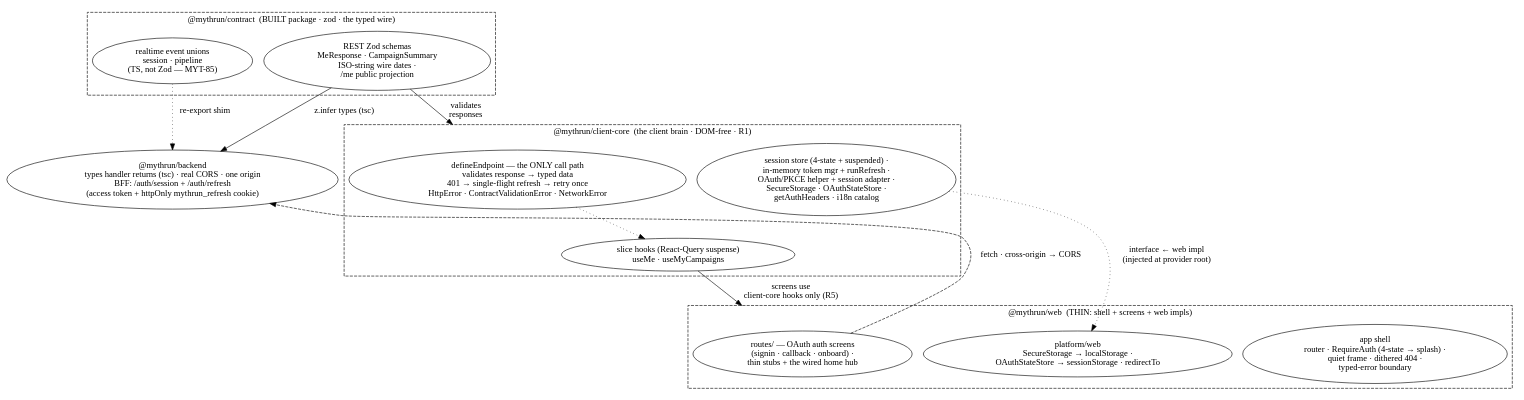
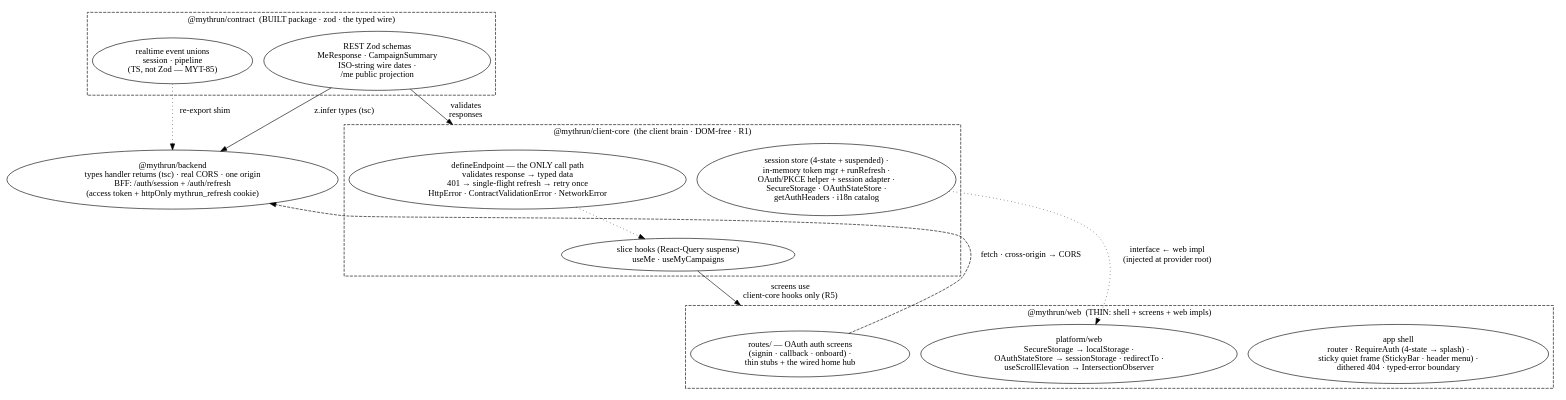
The diagram in docs/wiki/diagrams/frontend/app-shell.dot (mythrun/mythrun), drawn with Graphviz before and after one commit. The commit also changed 12 other files, not shown here.

```diff
--- a/docs/wiki/diagrams/frontend/app-shell.dot
+++ b/docs/wiki/diagrams/frontend/app-shell.dot
@@ -1,58 +1,58 @@
 digraph frontend_app_shell {
   // The application skeleton, built to port to true-native later. The wire
   // contract (@mythrun/contract — Zod REST schemas) is the SINGLE typed source:
   // the backend types its handler returns against it; the client brain VALIDATES
   // responses against it at runtime. @mythrun/client-core (DOM-free) owns every
   // backend call (defineEndpoint → suspense hooks), the four-state session store,
   // the in-memory access-token manager + single-flight 401 refresh-retry, the
   // OAuth/PKCE sign-in helper + session adapter, the platform-capability
   // interfaces, and the i18n catalog. @mythrun/web is THIN: the router shell, the
   // quiet frame, the live OAuth auth screens (signin · callback · onboard) + thin
   // route stubs + the wired home hub, and the web IMPLEMENTATIONS of the platform
   // interfaces. The SPA is cross-origin to the API (real CORS, not a dev proxy);
   // the backend BFF mints the access token + the httpOnly mythrun_refresh cookie.
   // Dependency direction: contract ← {backend, client-core} ← ui ← web.
   compound=true;
 
   subgraph cluster_contract {
     label="@mythrun/contract  (BUILT package · zod · the typed wire)";
     style="dashed";
     color="ember";
     fontcolor="ember";
 
     rest [label="REST Zod schemas\nMeResponse · CampaignSummary\nISO-string wire dates ·\n/me public projection"];
     events [label="realtime event unions\nsession · pipeline\n(TS, not Zod — MYT-85)"];
   }
 
   backend [label="@mythrun/backend\ntypes handler returns (tsc) · real CORS · one origin\nBFF: /auth/session + /auth/refresh\n(access token + httpOnly mythrun_refresh cookie)", color="ember", fontcolor="ember"];
 
   subgraph cluster_cc {
     label="@mythrun/client-core  (the client brain · DOM-free · R1)";
     style="dashed";
     color="ember";
     fontcolor="ember";
 
     endpoint [label="defineEndpoint — the ONLY call path\nvalidates response → typed data\n401 → single-flight refresh → retry once\nHttpError · ContractValidationError · NetworkError"];
     hooks [label="slice hooks (React-Query suspense)\nuseMe · useMyCampaigns"];
     brain [label="session store (4-state + suspended) ·\nin-memory token mgr + runRefresh ·\nOAuth/PKCE helper + session adapter ·\nSecureStorage · OAuthStateStore ·\ngetAuthHeaders · i18n catalog"];
     endpoint -> hooks [style="dotted"];
   }
 
   subgraph cluster_web {
     label="@mythrun/web  (THIN: shell + screens + web impls)";
     style="dashed";
     color="ember";
     fontcolor="ember";
 
-    shell [label="app shell\nrouter · RequireAuth (4-state → splash) ·\nquiet frame · dithered 404 ·\ntyped-error boundary"];
+    shell [label="app shell\nrouter · RequireAuth (4-state → splash) ·\nsticky quiet frame (StickyBar · header menu) ·\ndithered 404 · typed-error boundary"];
     home [label="routes/ — OAuth auth screens\n(signin · callback · onboard) ·\nthin stubs + the wired home hub"];
-    webimpl [label="platform/web\nSecureStorage → localStorage ·\nOAuthStateStore → sessionStorage · redirectTo"];
+    webimpl [label="platform/web\nSecureStorage → localStorage ·\nOAuthStateStore → sessionStorage · redirectTo ·\nuseScrollElevation → IntersectionObserver"];
   }
 
   rest -> backend [label="z.infer types (tsc)"];
   rest -> endpoint [label="validates\nresponses", lhead=cluster_cc];
   events -> backend [style="dotted", label="re-export shim"];
   hooks -> home [label="screens use\nclient-core hooks only (R5)", lhead=cluster_web];
   brain -> webimpl [style="dotted", label="interface ← web impl\n(injected at provider root)"];
   home -> backend [label="fetch · cross-origin → CORS", style="dashed", constraint=false];
 }
```
